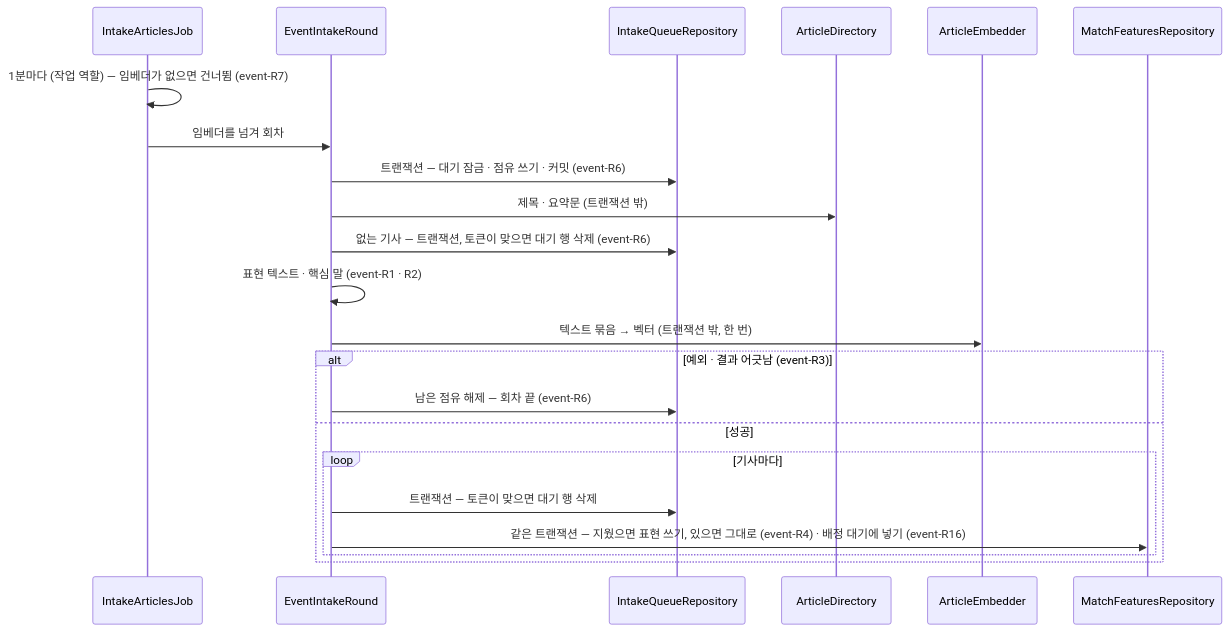
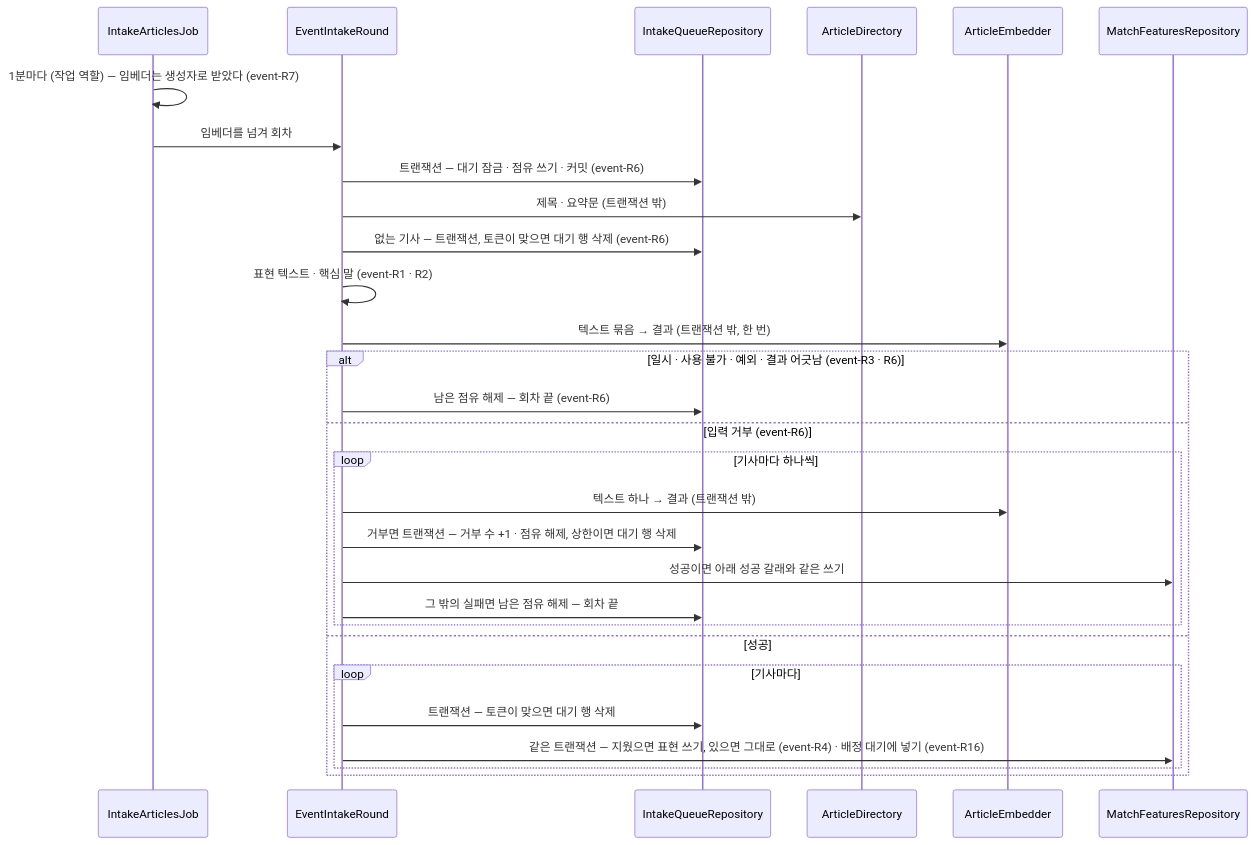
Before and after one commit to Theia0382/yozm-news: the first of 3 diagrams in docs/specs/event.md, drawn with Mermaid. The commit also changed other lines of this file and 9 other files, not shown here.

````diff
--- a/docs/specs/event.md
+++ b/docs/specs/event.md
@@ -248,25 +252,32 @@
 ```mermaid
 sequenceDiagram
     participant J as IntakeArticlesJob
     participant R as EventIntakeRound
     participant Q as IntakeQueueRepository
     participant A as ArticleDirectory
     participant E as ArticleEmbedder
     participant F as MatchFeaturesRepository
 
-    J->>J: 1분마다 (작업 역할) — 임베더가 없으면 건너뜀 (event-R7)
+    J->>J: 1분마다 (작업 역할) — 임베더는 생성자로 받았다 (event-R7)
     J->>R: 임베더를 넘겨 회차
     R->>Q: 트랜잭션 — 대기 잠금 · 점유 쓰기 · 커밋 (event-R6)
     R->>A: 제목 · 요약문 (트랜잭션 밖)
     R->>Q: 없는 기사 — 트랜잭션, 토큰이 맞으면 대기 행 삭제 (event-R6)
     R->>R: 표현 텍스트 · 핵심 말 (event-R1 · R2)
-    R->>E: 텍스트 묶음 → 벡터 (트랜잭션 밖, 한 번)
-    alt 예외 · 결과 어긋남 (event-R3)
+    R->>E: 텍스트 묶음 → 결과 (트랜잭션 밖, 한 번)
+    alt 일시 · 사용 불가 · 예외 · 결과 어긋남 (event-R3 · R6)
         R->>Q: 남은 점유 해제 — 회차 끝 (event-R6)
+    else 입력 거부 (event-R6)
+        loop 기사마다 하나씩
+            R->>E: 텍스트 하나 → 결과 (트랜잭션 밖)
+            R->>Q: 거부면 트랜잭션 — 거부 수 +1 · 점유 해제, 상한이면 대기 행 삭제
+            R->>F: 성공이면 아래 성공 갈래와 같은 쓰기
+            R->>Q: 그 밖의 실패면 남은 점유 해제 — 회차 끝
+        end
     else 성공
         loop 기사마다
             R->>Q: 트랜잭션 — 토큰이 맞으면 대기 행 삭제
             R->>F: 같은 트랜잭션 — 지웠으면 표현 쓰기, 있으면 그대로 (event-R4) · 배정 대기에 넣기 (event-R16)
         end
     end
 ```
````
